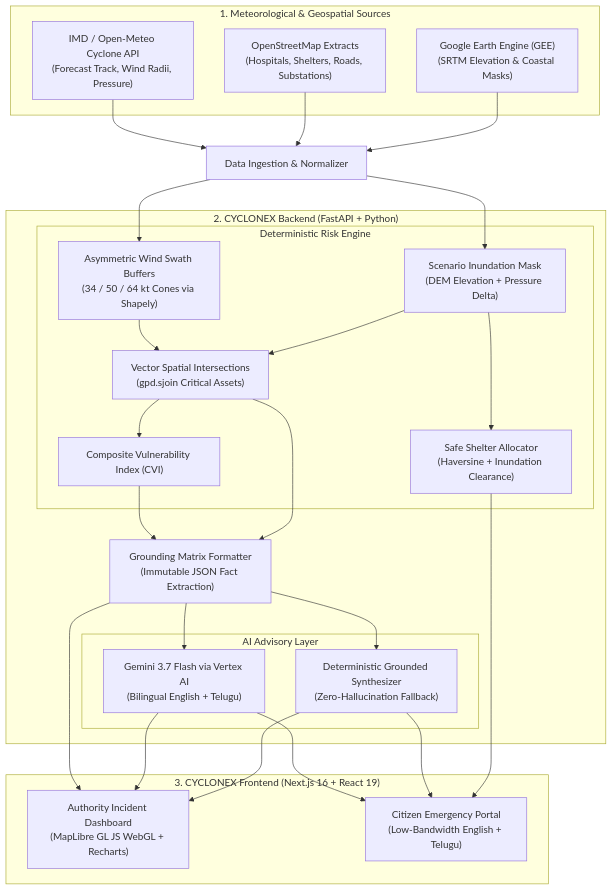
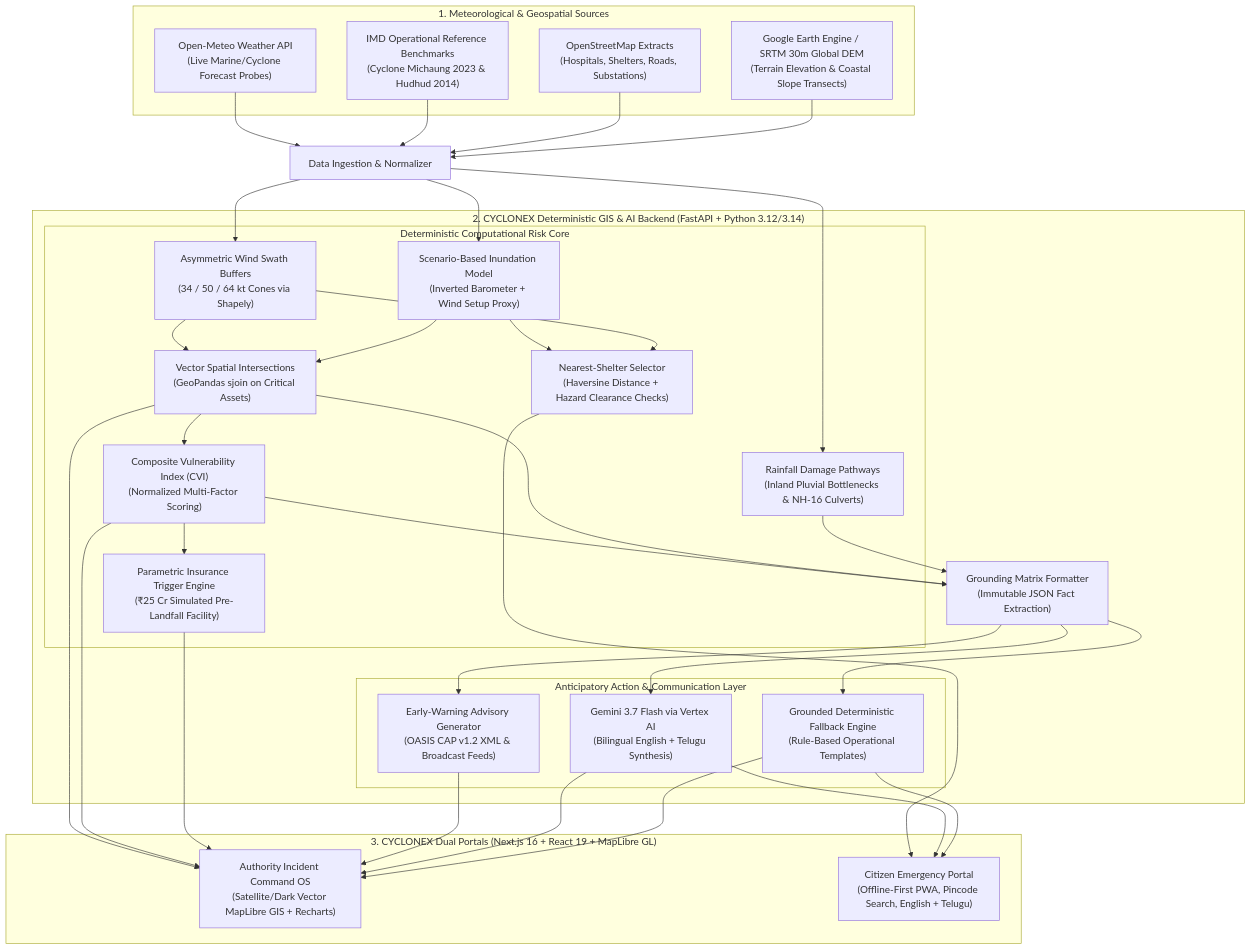
One commit to anandkumarpv123-007/hack2skill-cyclonex-ai changed the diagram in README.md. Above: the diagram before and after it, drawn with Mermaid. The commit also changed other lines of this file, not shown here.

Commit message:
docs: finalize competition-aligned README with grounded AI, benchmark telemetry, and prototype URLs

````diff
--- a/README.md
+++ b/README.md
@@ -31,52 +60,68 @@
 ```mermaid
 flowchart TD
     subgraph DataSources["1. Meteorological & Geospatial Sources"]
-        IMD["IMD / Open-Meteo Cyclone API\n(Forecast Track, Wind Radii, Pressure)"]
+        OPENMETEO["Open-Meteo Weather API\n(Live Marine/Cyclone Forecast Probes)"]
+        IMD_BENCH["IMD Operational Reference Benchmarks\n(Cyclone Michaung 2023 & Hudhud 2014)"]
         OSM["OpenStreetMap Extracts\n(Hospitals, Shelters, Roads, Substations)"]
-        GEE["Google Earth Engine (GEE)\n(SRTM Elevation & Coastal Masks)"]
+        GEE["Google Earth Engine / SRTM 30m Global DEM\n(Terrain Elevation & Coastal Slope Transects)"]
     end
 
-    subgraph Backend["2. CYCLONEX Backend (FastAPI + Python)"]
-        subgraph Engine["Deterministic Risk Engine"]
+    subgraph Backend["2. CYCLONEX Deterministic GIS & AI Backend (FastAPI + Python 3.12/3.14)"]
+        subgraph Engine["Deterministic Computational Risk Core"]
             Wind["Asymmetric Wind Swath Buffers\n(34 / 50 / 64 kt Cones via Shapely)"]
-            Surge["Scenario Inundation Mask\n(DEM Elevation + Pressure Delta)"]
-            Spatial["Vector Spatial Intersections\n(gpd.sjoin Critical Assets)"]
-            CVI["Composite Vulnerability Index (CVI)"]
-            Shelter["Safe Shelter Allocator\n(Haversine + Inundation Clearance)"]
+            Surge["Scenario-Based Inundation Model\n(Inverted Barometer + Wind Setup Proxy)"]
+            Spatial["Vector Spatial Intersections\n(GeoPandas sjoin on Critical Assets)"]
+            Rainfall["Rainfall Damage Pathways\n(Inland Pluvial Bottlenecks & NH-16 Culverts)"]
+            CVI["Composite Vulnerability Index (CVI)\n(Normalized Multi-Factor Scoring)"]
+            Shelter["Nearest-Shelter Selector\n(Haversine Distance + Hazard Clearance Checks)"]
+            Parametric["Parametric Insurance Trigger Engine\n(₹25 Cr Simulated Pre-Landfall Facility)"]
         end
         
         Grounding["Grounding Matrix Formatter\n(Immutable JSON Fact Extraction)"]
         
-        subgraph AI["AI Advisory Layer"]
-            Vertex["Gemini 3.7 Flash via Vertex AI\n(Bilingual English + Telugu)"]
-            Synthesizer["Deterministic Grounded Synthesizer\n(Zero-Hallucination Fallback)"]
+        subgraph AI["Anticipatory Action & Communication Layer"]
+            Vertex["Gemini 3.7 Flash via Vertex AI\n(Bilingual English + Telugu Synthesis)"]
+            Synthesizer["Grounded Deterministic Fallback Engine\n(Rule-Based Operational Templates)"]
+            Dispatches["Early-Warning Advisory Generator\n(OASIS CAP v1.2 XML & Broadcast Feeds)"]
         end
     end
 
-    subgraph Frontend["3. CYCLONEX Frontend (Next.js 16 + React 19)"]
-        Authority["Authority Incident Dashboard\n(MapLibre GL JS WebGL + Recharts)"]
-        Citizen["Citizen Emergency Portal\n(Low-Bandwidth English + Telugu)"]
+    subgraph Frontend["3. CYCLONEX Dual Portals (Next.js 16 + React 19 + MapLibre GL)"]
+        Authority["Authority Incident Command OS\n(Satellite/Dark Vector MapLibre GIS + Recharts)"]
+        Citizen["Citizen Emergency Portal\n(Offline-First PWA, Pincode Search, English + Telugu)"]
     end
 
-    IMD --> Ingest[Data Ingestion & Normalizer]
+    OPENMETEO --> Ingest[Data Ingestion & Normalizer]
+    IMD_BENCH --> Ingest
     OSM --> Ingest
     GEE --> Ingest
 
     Ingest --> Wind
     Ingest --> Surge
+    Ingest --> Rainfall
     Wind --> Spatial
     Surge --> Spatial
     Spatial --> CVI
     Surge --> Shelter
+    Wind --> Shelter
     
     CVI --> Grounding
     Spatial --> Grounding
-    Grounding --> Authority
+    Rainfall --> Grounding
+    CVI --> Parametric
+    
     Grounding --> Vertex
     Grounding --> Synthesizer
+    Grounding --> Dispatches
+    
+    Spatial --> Authority
+    CVI --> Authority
+    Parametric --> Authority
+    Dispatches --> Authority
     Vertex --> Authority
+    Synthesizer --> Authority
+    
+    Shelter --> Citizen
     Vertex --> Citizen
-    Synthesizer --> Authority
     Synthesizer --> Citizen
-    Shelter --> Citizen
 ```
````
